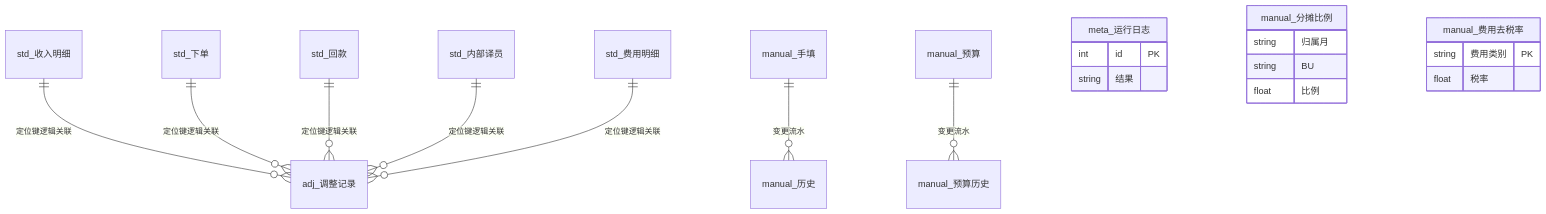
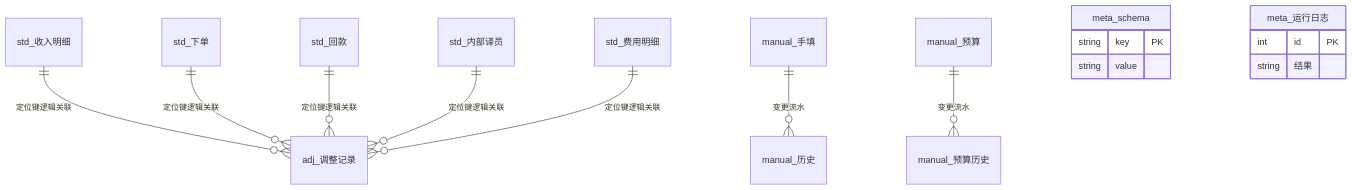
One commit to EvanLee2004/BI changed the diagram in docs/softeng/08_数据库设计_schema全表.md. Above: the diagram before and after it, drawn with Mermaid. The commit also changed other lines of this file and 5 other files, not shown here.

````diff
--- a/docs/softeng/08_数据库设计_schema全表.md
+++ b/docs/softeng/08_数据库设计_schema全表.md
@@ -56,23 +92,18 @@
 ```mermaid
 erDiagram
   std_收入明细 ||--o{ adj_调整记录 : "定位键逻辑关联"
   std_下单 ||--o{ adj_调整记录 : "定位键逻辑关联"
   std_回款 ||--o{ adj_调整记录 : "定位键逻辑关联"
   std_内部译员 ||--o{ adj_调整记录 : "定位键逻辑关联"
   std_费用明细 ||--o{ adj_调整记录 : "定位键逻辑关联"
   manual_手填 ||--o{ manual_历史 : "变更流水"
   manual_预算 ||--o{ manual_预算历史 : "变更流水"
+  meta_schema {
+    string key PK
+    string value
+  }
   meta_运行日志 {
     int id PK
     string 结果
   }
-  manual_分摊比例 {
-    string 归属月
-    string BU
-    float 比例
-  }
-  manual_费用去税率 {
-    string 费用类别 PK
-    float 税率
-  }
 ```
````
